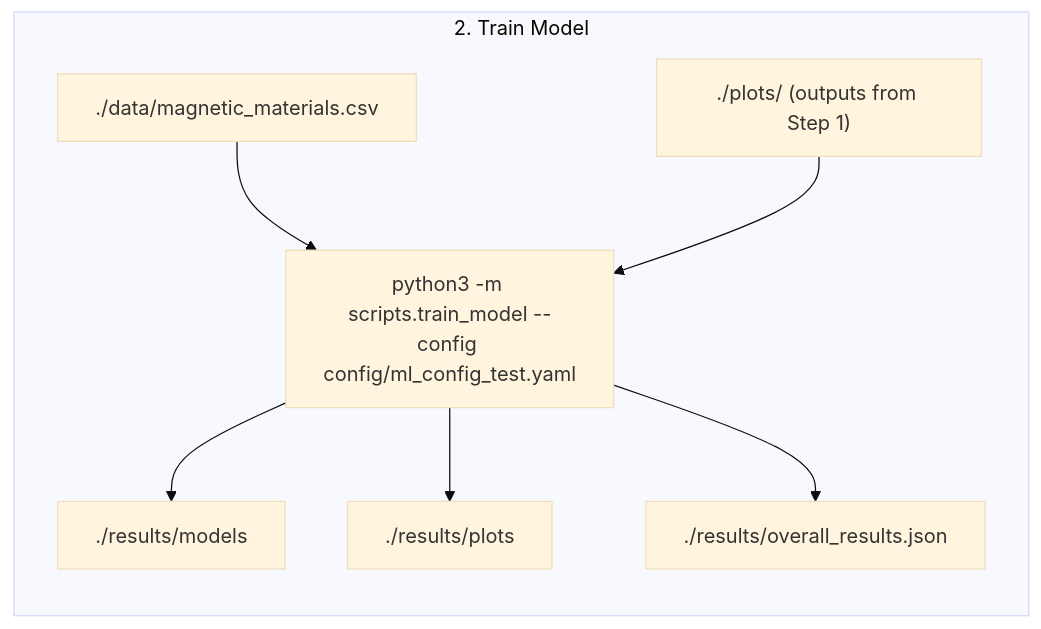
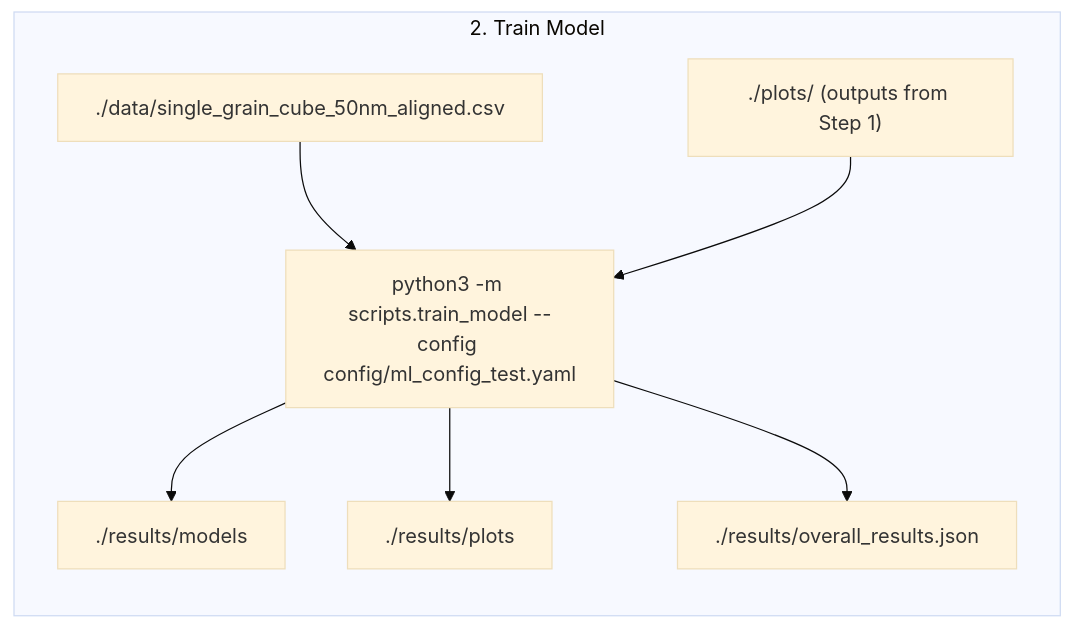
One commit to MaMMoS-project/ML-models changed the second of 3 diagrams in beyond-stoner-wohlfarth/single-grain-easy-axis-model/README.md. Above: the diagram before and after it, drawn with Mermaid (base theme). The commit also changed other lines of this file and 13 other files, not shown here.

Commit message:
single-grain-easy-axis: add validation against v1 dataset

````diff
--- a/beyond-stoner-wohlfarth/single-grain-easy-axis-model/README.md
+++ b/beyond-stoner-wohlfarth/single-grain-easy-axis-model/README.md
@@ -70,14 +70,14 @@
 ```mermaid
 flowchart LR
 
     subgraph cluster_1["2. Train Model"]
         direction TB
 
-        A1["./data/magnetic_materials.csv"] --> B1["python3 -m scripts.train_model --config config/ml_config_test.yaml"]
+        A1["./data/single_grain_cube_50nm_aligned.csv"] --> B1["python3 -m scripts.train_model --config config/ml_config_test.yaml"]
         A2["./plots/ (outputs from Step 1)"] --> B1
 
         B1 --> O1["./results/models"]
         B1 --> O2["./results/plots"]
         B1 --> O3["./results/overall_results.json"]
     end
 ```
````
